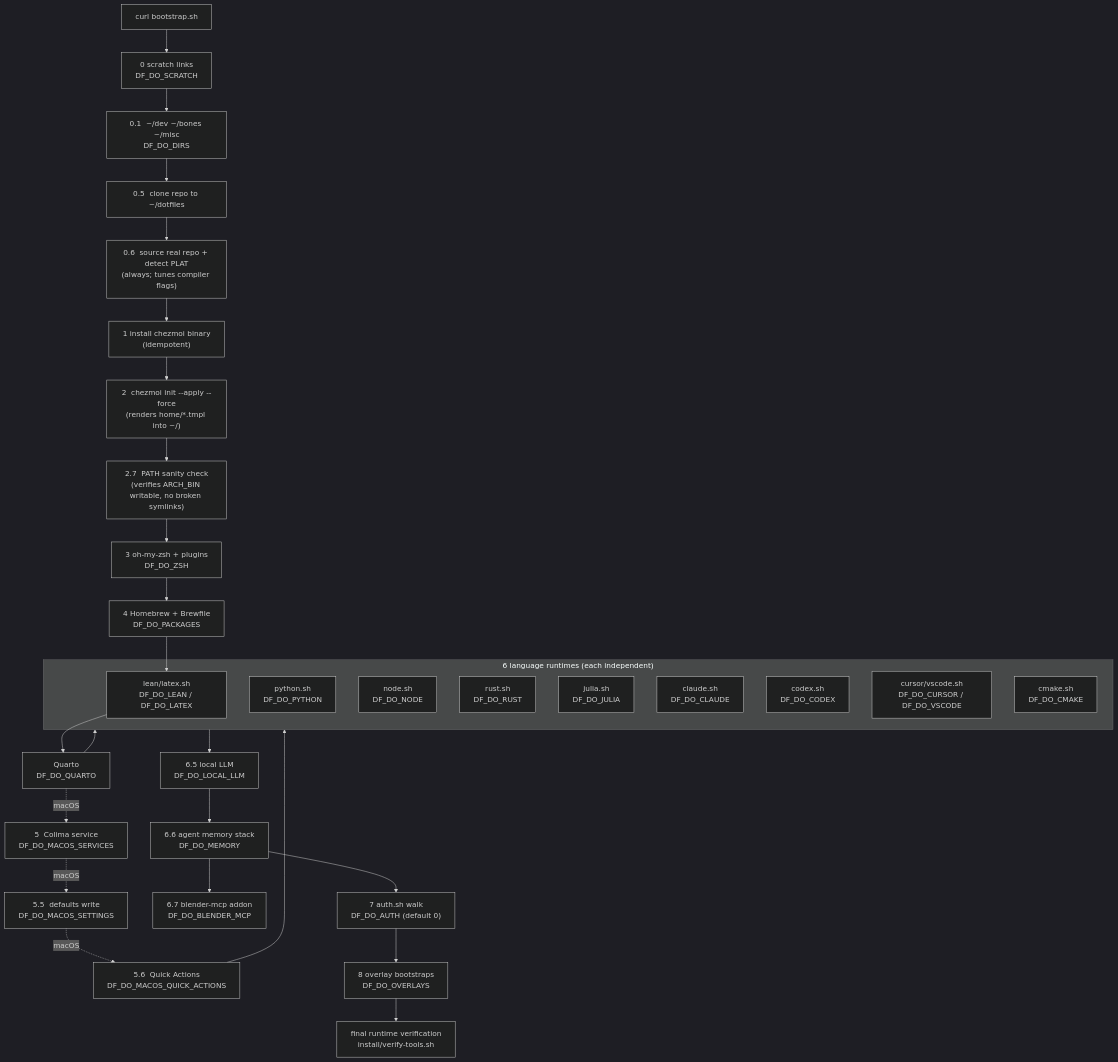
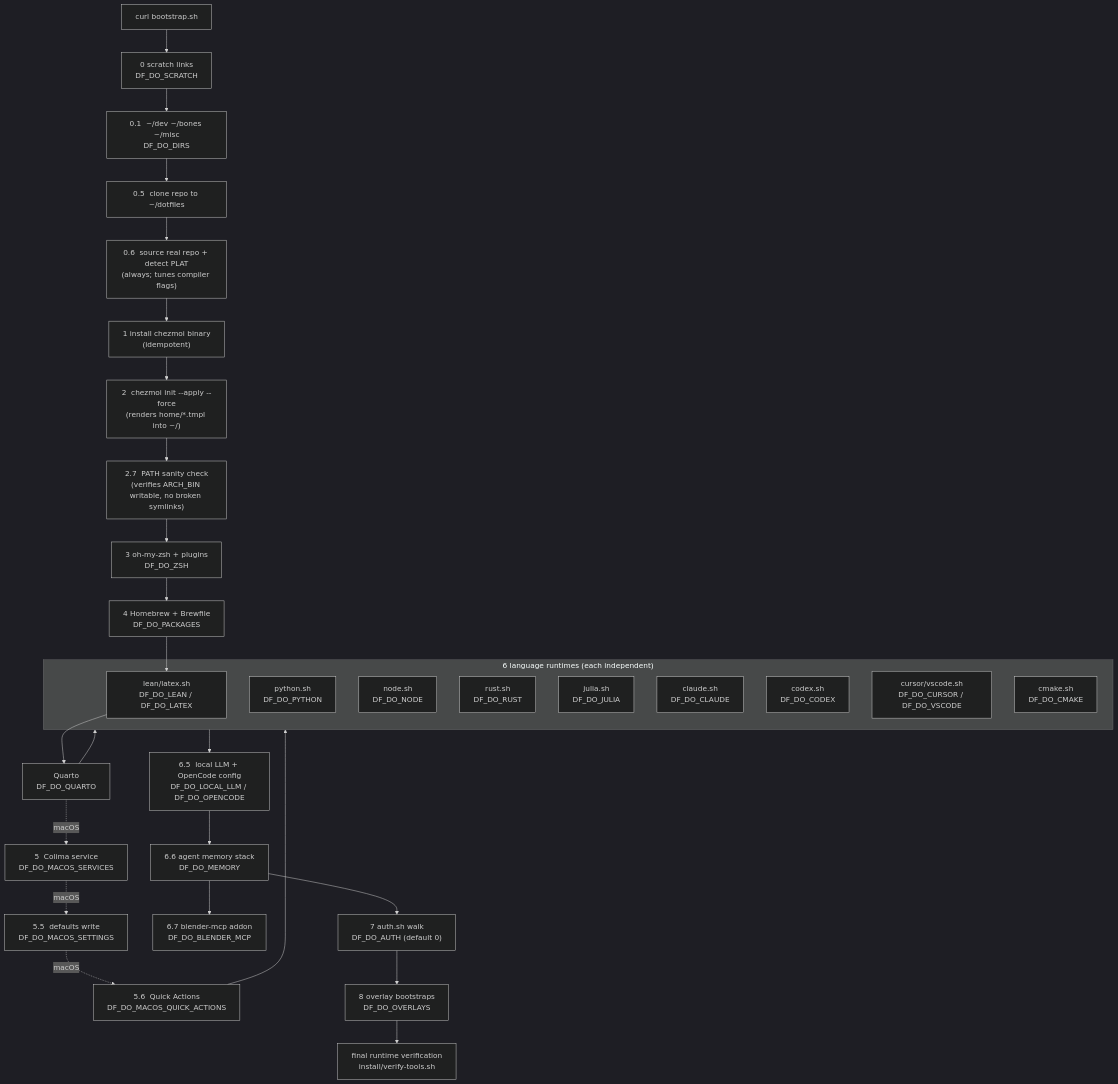
Before and after one commit to cadebrown/dotfiles: the diagram in docs/reference/bootstrap-flow.md, drawn with Mermaid (dark theme). The commit also changed other lines of this file and 91 other files, not shown here.

````diff
--- a/docs/reference/bootstrap-flow.md
+++ b/docs/reference/bootstrap-flow.md
@@ -5,36 +5,36 @@
 ```mermaid
 flowchart TD
     A[curl bootstrap.sh] --> S0["0  scratch links<br/>DF_DO_SCRATCH"]
     S0 --> S01["0.1  ~/dev ~/bones ~/misc<br/>DF_DO_DIRS"]
     S01 --> S05["0.5  clone repo to ~/dotfiles"]
     S05 --> S03["0.6  source real repo + detect PLAT<br/>(always; tunes compiler flags)"]
     S03 --> S1["1  install chezmoi binary<br/>(idempotent)"]
     S1 --> S2["2  chezmoi init --apply --force<br/>(renders home/*.tmpl into ~/)"]
     S2 --> S27["2.7  PATH sanity check<br/>(verifies ARCH_BIN writable, no broken symlinks)"]
     S27 --> S3["3  oh-my-zsh + plugins<br/>DF_DO_ZSH"]
     S3 --> S4["4  Homebrew + Brewfile<br/>DF_DO_PACKAGES"]
     S4 --> L["LLDB + lldb-dap<br/>DF_DO_LLDB"]
     L --> Q["Quarto<br/>DF_DO_QUARTO"]
     Q -.macOS.-> S5["5  Colima service<br/>DF_DO_MACOS_SERVICES"]
     S5 -.macOS.-> S55["5.5  defaults write<br/>DF_DO_MACOS_SETTINGS"]
     S55 -.macOS.-> S56["5.6  Quick Actions<br/>DF_DO_MACOS_QUICK_ACTIONS"]
     Q --> S6
     S56 --> S6
     subgraph S6["6  language runtimes  (each independent)"]
         P["python.sh<br/>DF_DO_PYTHON"]
         N["node.sh<br/>DF_DO_NODE"]
         R["rust.sh<br/>DF_DO_RUST"]
         J["julia.sh<br/>DF_DO_JULIA"]
         L["lean/latex.sh<br/>DF_DO_LEAN / DF_DO_LATEX"]
         C["claude.sh<br/>DF_DO_CLAUDE"]
         X["codex.sh<br/>DF_DO_CODEX"]
         V["cursor/vscode.sh<br/>DF_DO_CURSOR / DF_DO_VSCODE"]
         K["cmake.sh<br/>DF_DO_CMAKE"]
     end
-    S6 --> S65["6.5  local LLM<br/>DF_DO_LOCAL_LLM"]
+    S6 --> S65["6.5  local LLM + OpenCode config<br/>DF_DO_LOCAL_LLM / DF_DO_OPENCODE"]
     S65 --> S66["6.6  agent memory stack<br/>DF_DO_MEMORY"]
     S66 --> S67["6.7  blender-mcp addon<br/>DF_DO_BLENDER_MCP"]
     S66 --> S7["7  auth.sh walk<br/>DF_DO_AUTH (default 0)"]
     S7 --> S8["8  overlay bootstraps<br/>DF_DO_OVERLAYS"]
     S8 --> VF["final runtime verification<br/>install/verify-tools.sh"]
 ```
````
